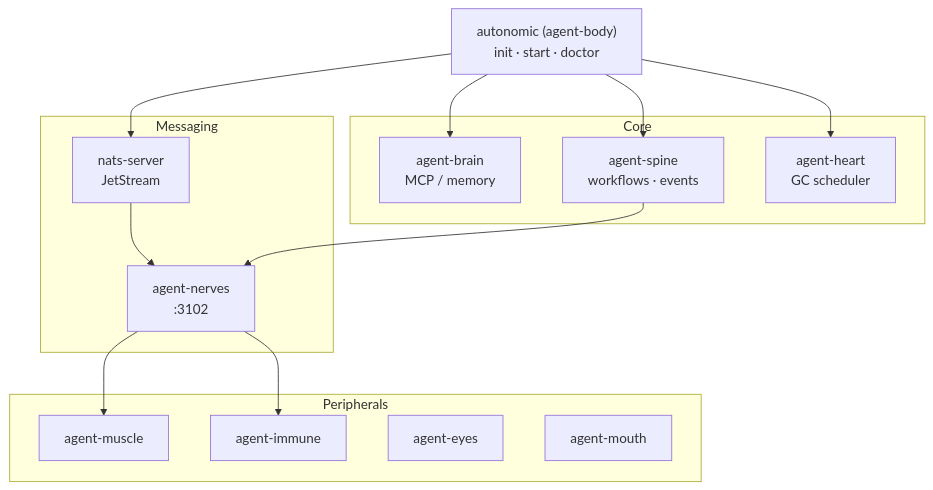
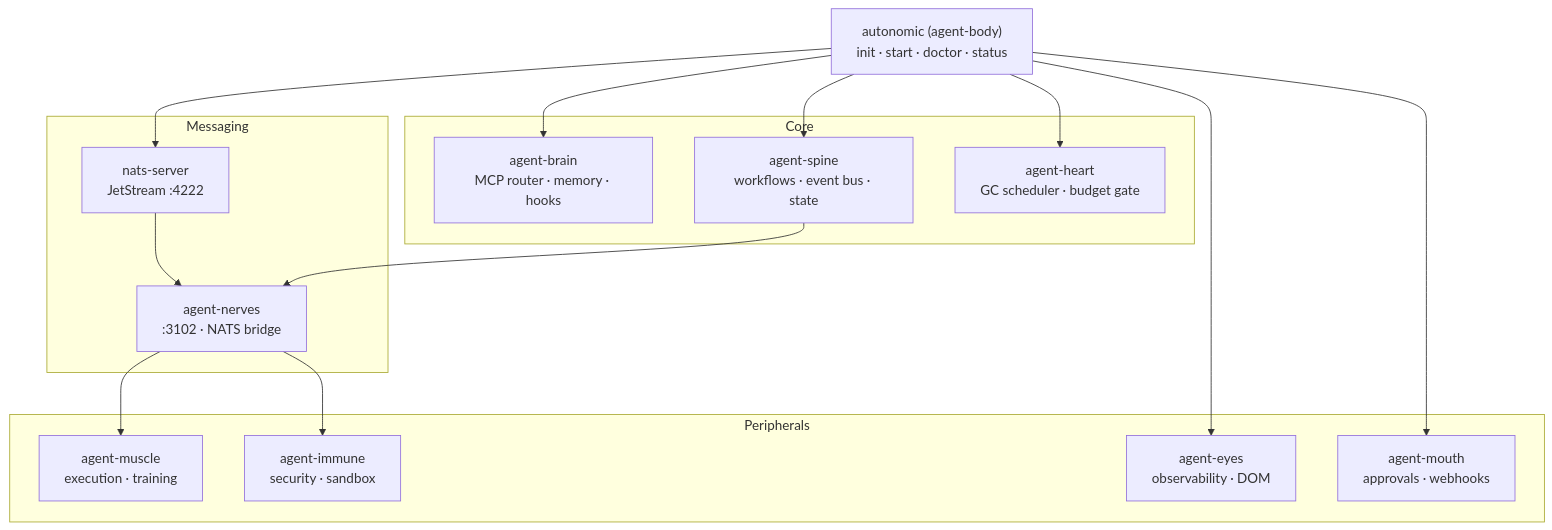
The diagram in README.md (autonomic-ai-dev/agent-body), drawn with Mermaid before and after one commit. The commit also changed other lines of this file and 7 other files, not shown here.

````diff
--- a/README.md
+++ b/README.md
@@ -95,31 +17,28 @@
 ```mermaid
 graph TD
-    body["autonomic (agent-body)<br>init · start · doctor"]
+    body["autonomic (agent-body)<br>init · start · doctor · status"]
 
     subgraph Core
-        brain["agent-brain<br>MCP / memory"]
-        spine["agent-spine<br>workflows · events"]
-        heart["agent-heart<br>GC scheduler"]
+        brain["agent-brain<br>MCP router · memory · hooks"]
+        spine["agent-spine<br>workflows · event bus · state"]
+        heart["agent-heart<br>GC scheduler · budget gate"]
     end
 
     subgraph Messaging
-        nats["nats-server<br>JetStream"]
-        nerves["agent-nerves<br>:3102"]
+        nats["nats-server<br>JetStream :4222"]
+        nerves["agent-nerves<br>:3102 · NATS bridge"]
     end
 
     subgraph Peripherals
-        muscle["agent-muscle"]
-        immune["agent-immune"]
-        eyes["agent-eyes"]
-        mouth["agent-mouth"]
+        muscle["agent-muscle<br>execution · training"]
+        immune["agent-immune<br>security · sandbox"]
+        eyes["agent-eyes<br>observability · DOM"]
+        mouth["agent-mouth<br>approvals · webhooks"]
     end
 
-    body --> brain
-    body --> spine
-    body --> heart
+    body --> brain & spine & heart
     body --> nats
-    nats --> nerves
-    nerves --> muscle
-    nerves --> immune
+    nats --> nerves --> muscle & immune
     spine --> nerves
+    body --> eyes & mouth
 ```
````
